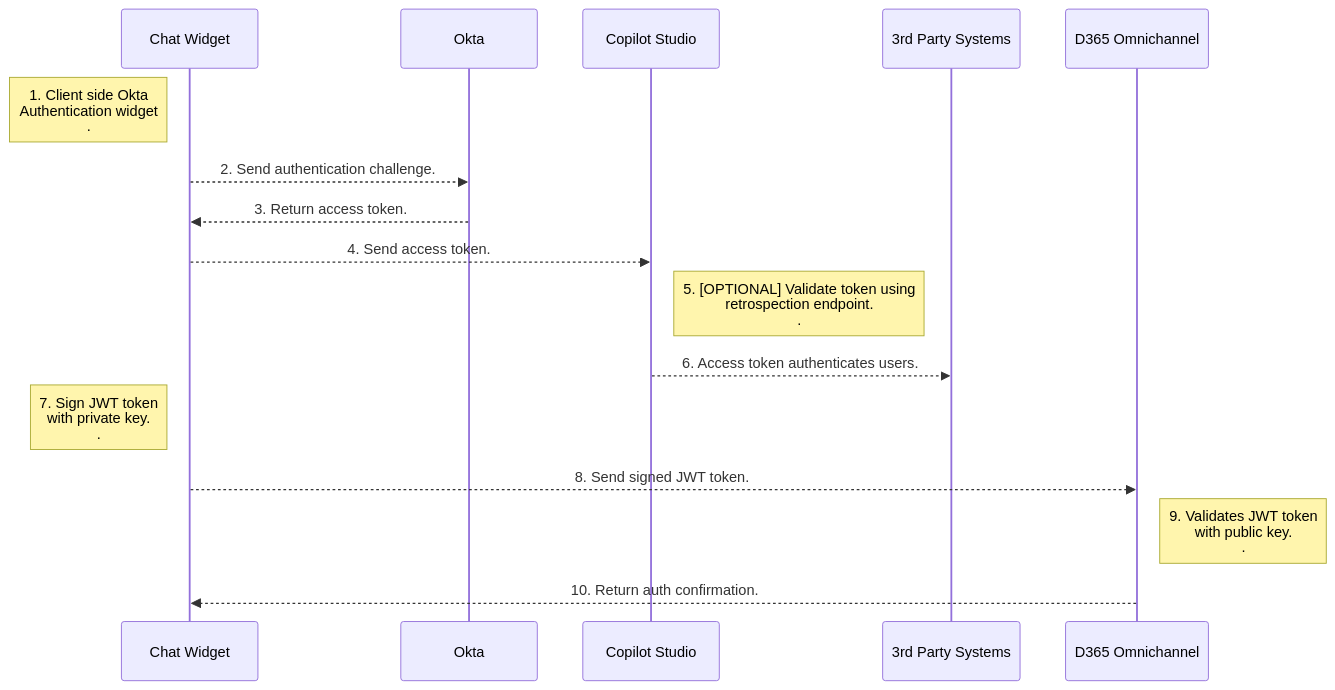
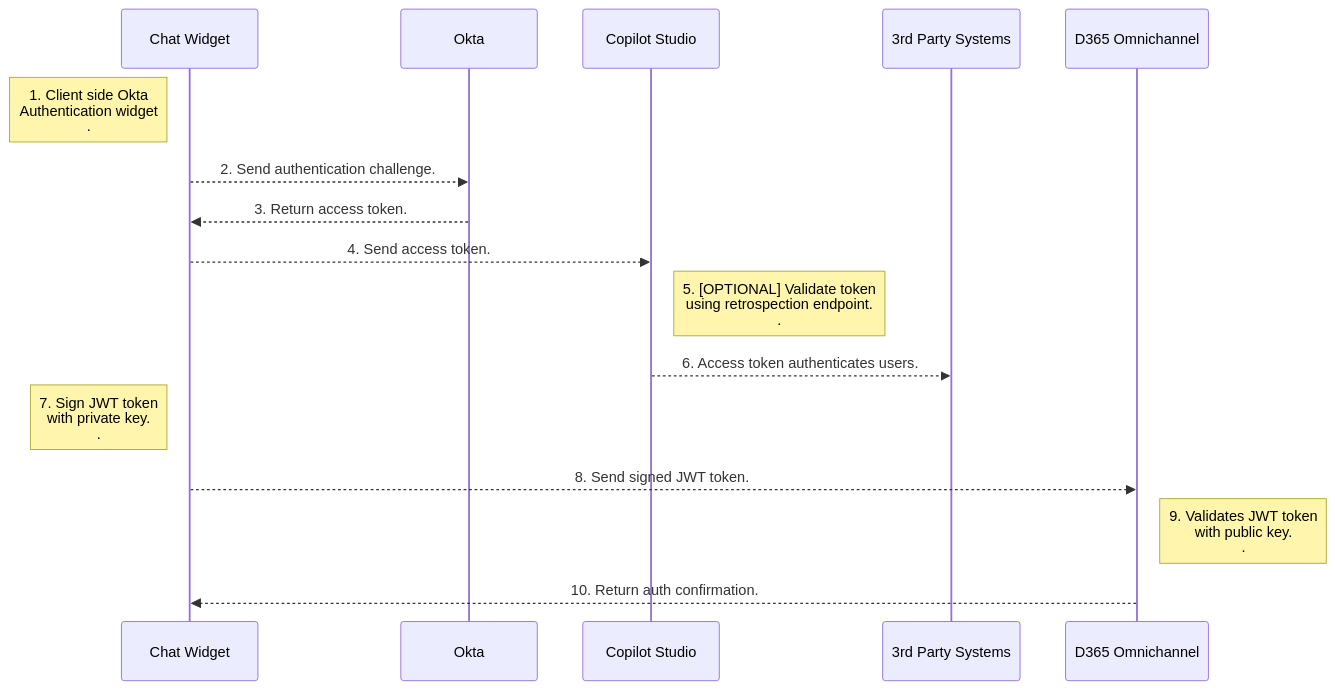
One commit to kaul-vineet/C2ToOmnichannelCopilotSSO changed the diagram in README.md. Above: the diagram before and after it, drawn with Mermaid. The commit also changed other lines of this file and 28 other files, not shown here.

````diff
--- a/README.md
+++ b/README.md
@@ -9,13 +10,13 @@
 ```mermaid
 sequenceDiagram
 Note left of Chat Widget: 1. Client side Okta <br/>Authentication widget <br/>.
 Chat Widget -->> Okta: 2. Send authentication challenge.
 Okta-->> Chat Widget: 3. Return access token.
 Chat Widget -->> Copilot Studio: 4. Send access token.
-Note right of Copilot Studio: 5. [OPTIONAL] Validate token using <br/>retrospection endpoint. <br/>.
+Note right of Copilot Studio: 5. [OPTIONAL] Validate token <br/>using retrospection endpoint. <br/>.
 Copilot Studio -->> 3rd Party Systems: 6. Access token authenticates users.
 Note left of Chat Widget: 7. Sign JWT token <br/>with private key. <br/>.
 Chat Widget -->> D365 Omnichannel: 8. Send signed JWT token.
 Note right of D365 Omnichannel: 9. Validates JWT token <br/>with public key. <br/>.
 D365 Omnichannel -->> Chat Widget: 10. Return auth confirmation.
 ```
````
